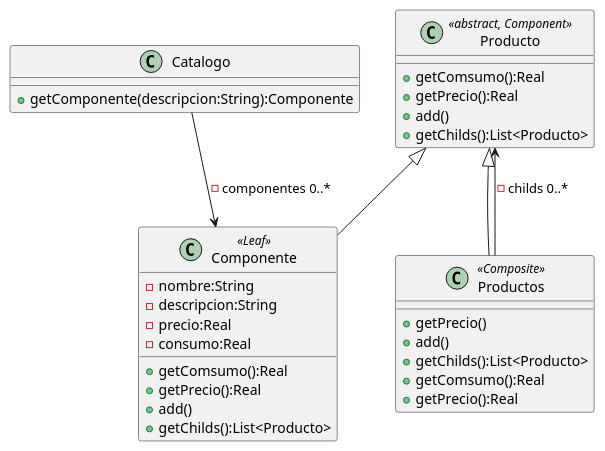
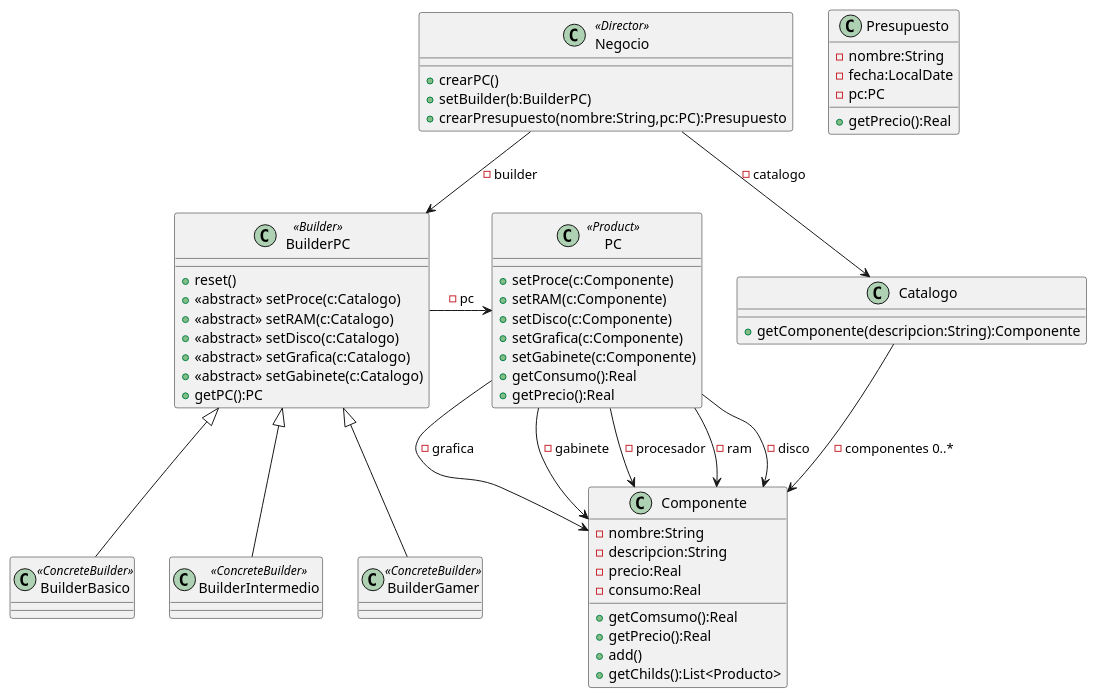
Before and after one commit to Francogrch/OO2-2025: the diagram in Patrones/src/main/java/ejercicio15/ejer15.puml, drawn with PlantUML. The commit also changed other lines of this file and 4 other files, not shown here.

Commit message:
hasta-14-uml

```diff
--- a/Patrones/src/main/java/ejercicio15/ejer15.puml
+++ b/Patrones/src/main/java/ejercicio15/ejer15.puml
@@ -1,37 +1,66 @@
 @startuml
 
 class Catalogo {
 +getComponente(descripcion:String):Componente
 }
 Catalogo --> Componente: -componentes 0..*
 
-
-class Producto <<abstract, Component>> {
-+getComsumo():Real
-+getPrecio():Real
-+add()
-+getChilds():List<Producto>
-
-}
-
-class Componente <<Leaf>> extends Producto {
+class Componente {
 -nombre:String
 -descripcion:String
 -precio:Real
 -consumo:Real
 +getComsumo():Real
 +getPrecio():Real
 +add()
 +getChilds():List<Producto>
 }
 
-class Productos <<Composite>> extends Producto {
-+getPrecio()
-+add()
-+getChilds():List<Producto>
-+getComsumo():Real
+class PC <<Product>>{
++setProce(c:Componente)
++setRAM(c:Componente)
++setDisco(c:Componente)
++setGrafica(c:Componente)
++setGabinete(c:Componente)
++getConsumo():Real
 +getPrecio():Real
 }
-Productos --> Producto : -childs 0..*
+PC --> Componente : -procesador
+PC --> Componente : -ram
+PC --> Componente : -disco
+PC --> Componente : -grafica
+PC --> Componente : -gabinete
+
+class Presupuesto{
+-nombre:String
+-fecha:LocalDate
+-pc:PC
++getPrecio():Real
+}
+
+class Negocio <<Director>>{
++crearPC()
++setBuilder(b:BuilderPC)
++crearPresupuesto(nombre:String,pc:PC):Presupuesto
+}
+Negocio --> BuilderPC : -builder
+Negocio --> Catalogo : -catalogo
+class BuilderPC <<Builder>>{
++reset()
++<<abstract>> setProce(c:Catalogo)
++<<abstract>> setRAM(c:Catalogo)
++<<abstract>> setDisco(c:Catalogo)
++<<abstract>> setGrafica(c:Catalogo)
++<<abstract>> setGabinete(c:Catalogo)
++getPC():PC
+}
+BuilderPC -> PC : -pc
+
+class BuilderBasico <<ConcreteBuilder>> extends BuilderPC{
+}
+class BuilderIntermedio <<ConcreteBuilder>> extends BuilderPC{
+}
+class BuilderGamer <<ConcreteBuilder>> extends BuilderPC{
+}
 
 @enduml
```
